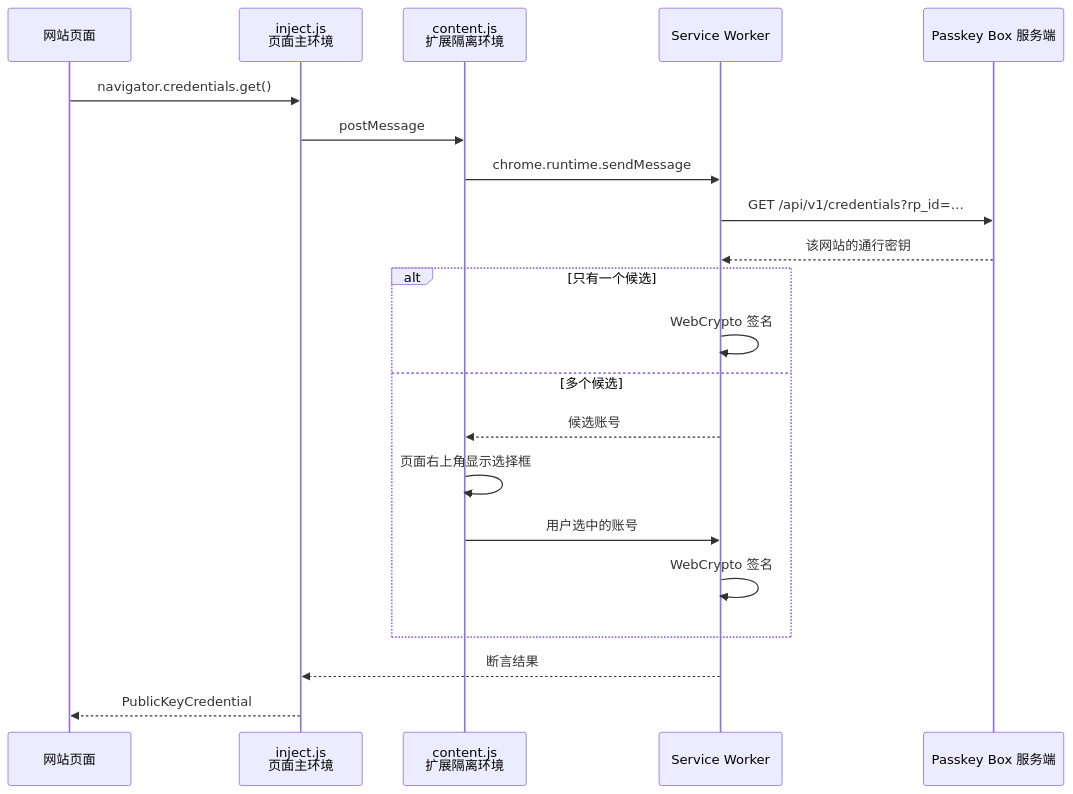
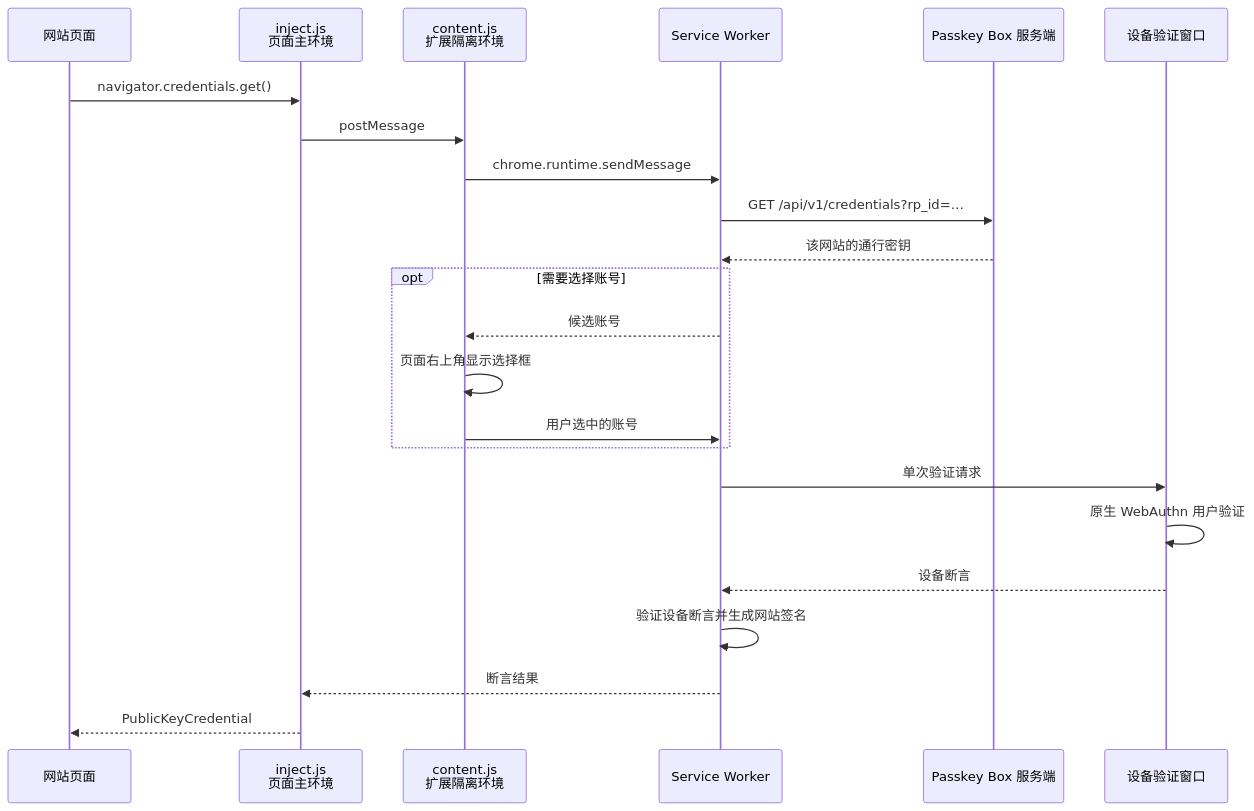
The diagram in README.md (riba2534/passkey-box), drawn with Mermaid before and after one commit. The commit also changed other lines of this file and 3 other files, not shown here.

````diff
--- a/README.md
+++ b/README.md
@@ -174,24 +176,26 @@
 ```mermaid
 sequenceDiagram
     participant Site as 网站页面
     participant Inject as inject.js<br/>页面主环境
     participant Content as content.js<br/>扩展隔离环境
     participant SW as Service Worker
     participant Server as Passkey Box 服务端
+    participant Device as 设备验证窗口
 
     Site->>Inject: navigator.credentials.get()
     Inject->>Content: postMessage
     Content->>SW: chrome.runtime.sendMessage
     SW->>Server: GET /api/v1/credentials?rp_id=…
     Server-->>SW: 该网站的通行密钥
-    alt 只有一个候选
-        SW->>SW: WebCrypto 签名
-    else 多个候选
+    opt 需要选择账号
         SW-->>Content: 候选账号
         Content->>Content: 页面右上角显示选择框
         Content->>SW: 用户选中的账号
-        SW->>SW: WebCrypto 签名
     end
+    SW->>Device: 单次验证请求
+    Device->>Device: 原生 WebAuthn 用户验证
+    Device-->>SW: 设备断言
+    SW->>SW: 验证设备断言并生成网站签名
     SW-->>Inject: 断言结果
     Inject-->>Site: PublicKeyCredential
 ```
````
